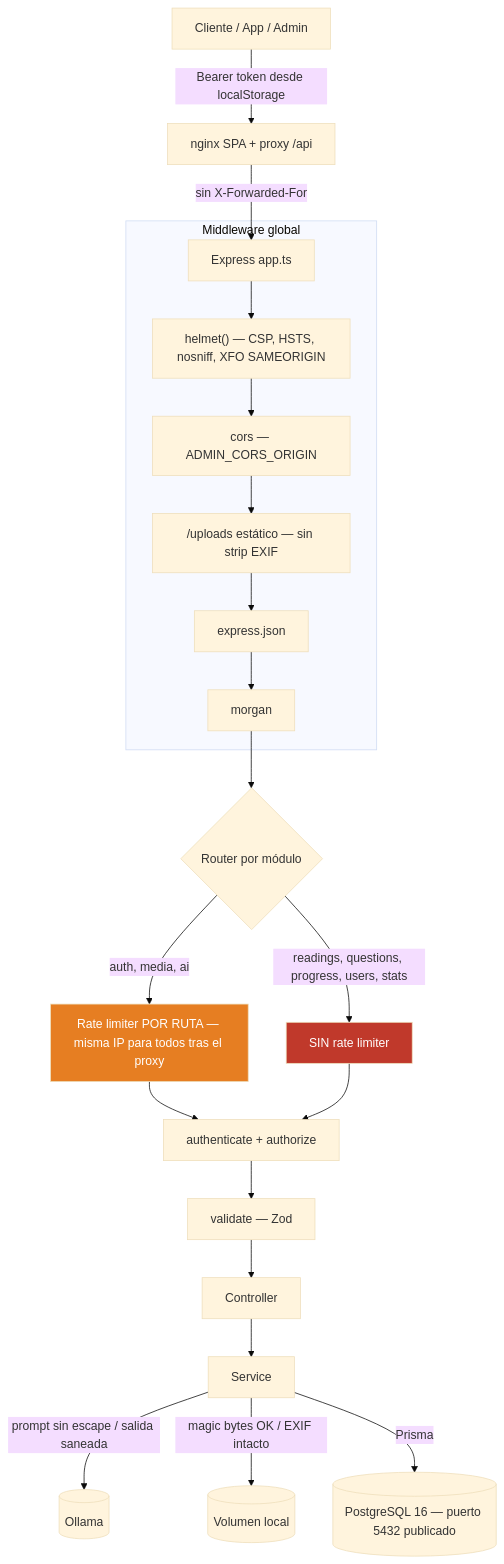
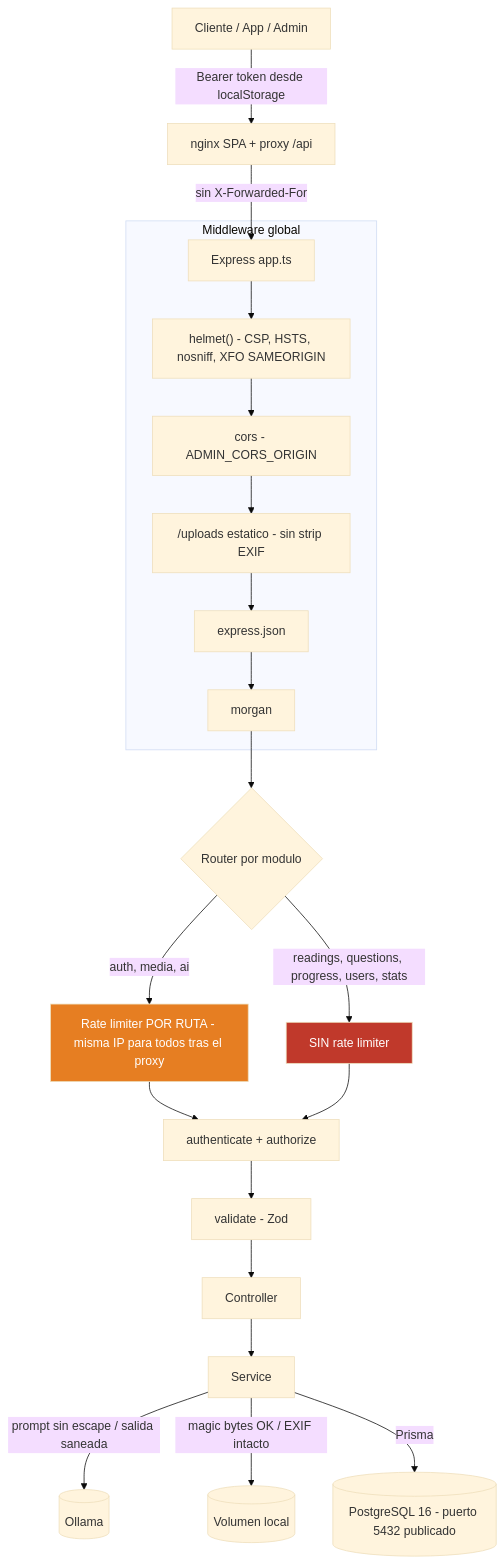
Before and after one commit to DavidDevGt/lectoapp: the first of 2 diagrams in SEC_IMPLEMENTATION.md, drawn with Mermaid (base theme). The commit also changed other lines of this file and 4 other files, not shown here.

Commit message:
docs: corregir sintaxis de diagramas Mermaid a flowchart TD y compatibilidad universal Markdown

````diff
--- a/SEC_IMPLEMENTATION.md
+++ b/SEC_IMPLEMENTATION.md
@@ -116,30 +116,31 @@
 ```mermaid
-graph TD
-    Client[Cliente / App / Admin] -->|Bearer token desde localStorage| Nginx[nginx SPA + proxy /api]
-    Nginx -->|sin X-Forwarded-For| Gateway[Express app.ts]
+flowchart TD
+    Client["Cliente / App / Admin"] -->|Bearer token desde localStorage| Nginx["nginx SPA + proxy /api"]
+    Nginx -->|sin X-Forwarded-For| Gateway["Express app.ts"]
 
-    subgraph Middleware global
-        Gateway --> Helmet["helmet() — CSP, HSTS, nosniff, XFO SAMEORIGIN"]
-        Helmet --> Cors["cors — ADMIN_CORS_ORIGIN"]
-        Cors --> Static["/uploads estático — sin strip EXIF"]
-        Static --> Json[express.json]
-        Json --> Morgan[morgan]
+    subgraph MiddlewareGlobal ["Middleware global"]
+        Gateway --> Helmet["helmet() - CSP, HSTS, nosniff, XFO SAMEORIGIN"]
+        Helmet --> Cors["cors - ADMIN_CORS_ORIGIN"]
+        Cors --> Static["/uploads estatico - sin strip EXIF"]
+        Static --> Json["express.json"]
+        Json --> Morgan["morgan"]
     end
 
-    Morgan --> Router{Router por módulo}
+    Morgan --> Router{"Router por modulo"}
 
-    Router -->|auth, media, ai| Limited["Rate limiter POR RUTA — misma IP para todos tras el proxy"]
+    Router -->|auth, media, ai| Limited["Rate limiter POR RUTA - misma IP para todos tras el proxy"]
     Router -->|readings, questions, progress, users, stats| Unlimited["SIN rate limiter"]
 
-    Limited --> Auth[authenticate + authorize]
+    Limited --> Auth["authenticate + authorize"]
     Unlimited --> Auth
-    Auth --> Zod[validate — Zod]
-    Zod --> Controller[Controller] --> Service[Service]
+    Auth --> Zod["validate - Zod"]
+    Zod --> Controller["Controller"]
+    Controller --> Service["Service"]
 
-    Service -->|prompt sin escape / salida saneada| Ollama[(Ollama)]
-    Service -->|magic bytes OK / EXIF intacto| Disk[(Volumen local)]
-    Service -->|Prisma| DB[(PostgreSQL 16 — puerto 5432 publicado)]
+    Service -->|prompt sin escape / salida saneada| Ollama[("Ollama")]
+    Service -->|magic bytes OK / EXIF intacto| Disk[("Volumen local")]
+    Service -->|Prisma| DB[("PostgreSQL 16 - puerto 5432 publicado")]
 
     style Unlimited fill:#c0392b,color:#fff
     style Limited fill:#e67e22,color:#fff
 ```
````
